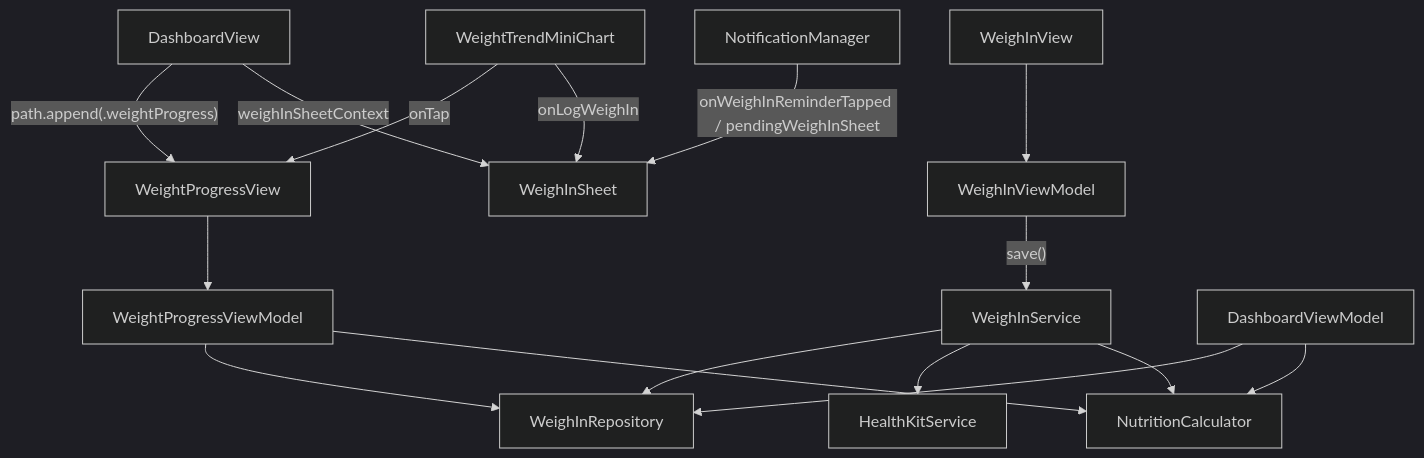
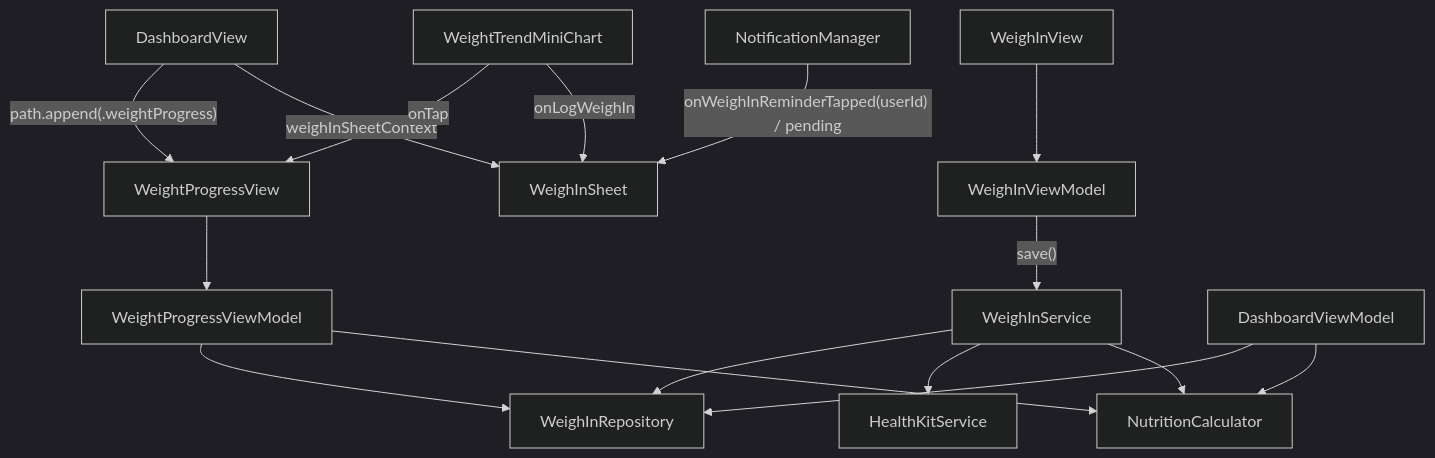
One commit to Sradvani1/cal-snap changed the diagram in docs/implementation/PR-06.md. Above: the diagram before and after it, drawn with Mermaid (dark theme). The commit also changed other lines of this file and 16 other files, not shown here.

````diff
--- a/docs/implementation/PR-06.md
+++ b/docs/implementation/PR-06.md
@@ -46,21 +46,21 @@
 ```mermaid
 flowchart TD
     DashboardView -->|"path.append(.weightProgress)"| WeightProgressView
     DashboardView -->|"weighInSheetContext"| WeighInSheet
     WeightTrendMiniChart -->|"onTap"| WeightProgressView
     WeightTrendMiniChart -->|"onLogWeighIn"| WeighInSheet
-    NotificationManager -->|"onWeighInReminderTapped / pendingWeighInSheet"| WeighInSheet
+    NotificationManager -->|"onWeighInReminderTapped(userId) / pending"| WeighInSheet
 
     WeighInView --> WeighInViewModel
     WeighInViewModel -->|"save()"| WeighInService
     WeighInService --> WeighInRepository
     WeighInService --> HealthKitService
     WeighInService --> NutritionCalculator
 
     WeightProgressView --> WeightProgressViewModel
     WeightProgressViewModel --> WeighInRepository
     WeightProgressViewModel --> NutritionCalculator
 
     DashboardViewModel --> WeighInRepository
     DashboardViewModel --> NutritionCalculator
 ```
````
